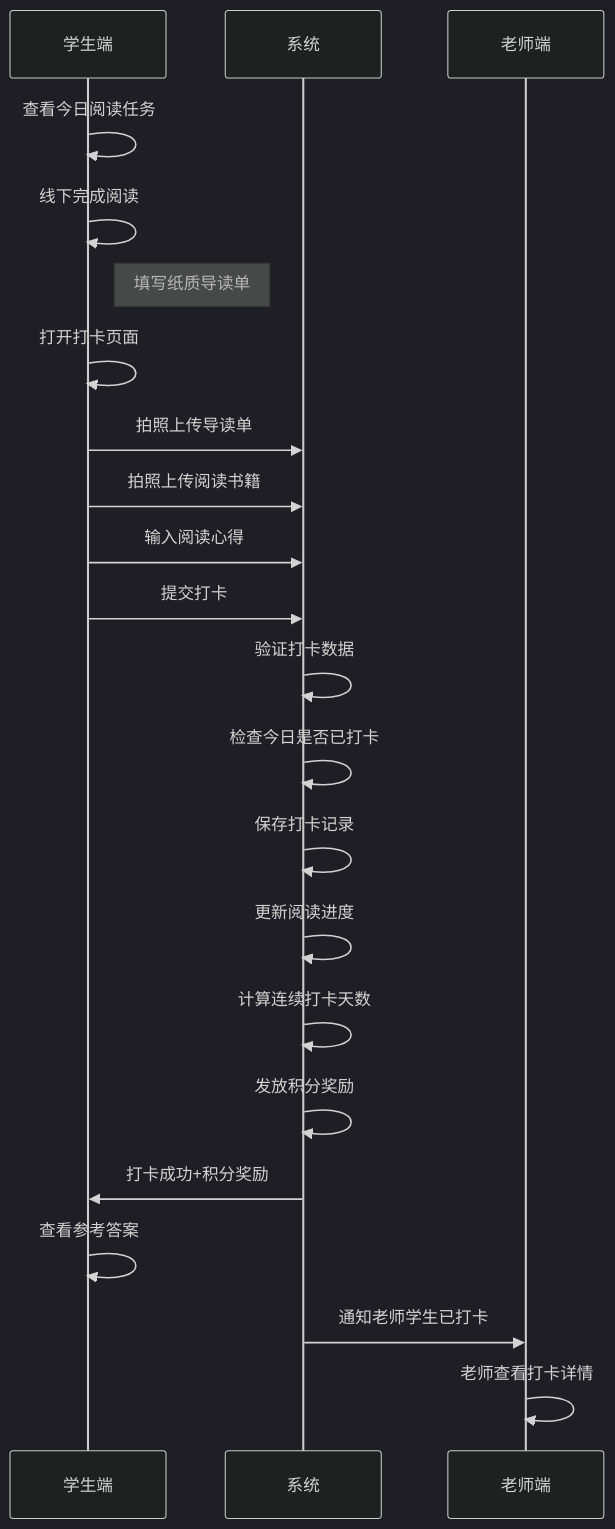
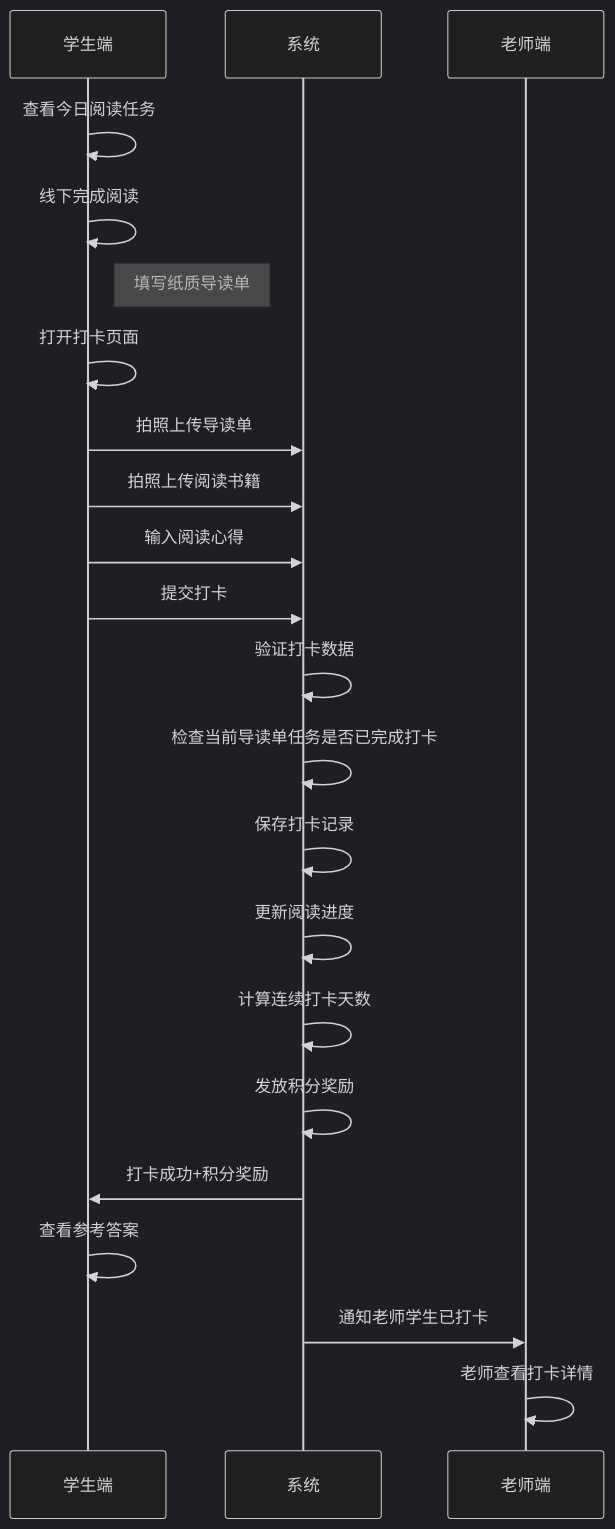
One commit to 22816523/math-kids changed the tenth of 18 diagrams in 2-AI伴读V1.0/PRD文档/校校读吧学生端PRD_V1.0.md. Above: the diagram before and after it, drawn with Mermaid (dark theme). The commit also changed other lines of this file and 3 other files, not shown here.

Commit message:
fix(student-prd): align multi-plan checkin flow

````diff
--- a/2-AI伴读V1.0/PRD文档/校校读吧学生端PRD_V1.0.md
+++ b/2-AI伴读V1.0/PRD文档/校校读吧学生端PRD_V1.0.md
@@ -689,29 +689,29 @@
 ```mermaid
 sequenceDiagram
     participant Student as 学生端
     participant System as 系统
     participant Teacher as 老师端
 
     Student->>Student: 查看今日阅读任务
     Student->>Student: 线下完成阅读
     Note right of Student: 填写纸质导读单
 
     Student->>Student: 打开打卡页面
     Student->>System: 拍照上传导读单
     Student->>System: 拍照上传阅读书籍
     Student->>System: 输入阅读心得
     Student->>System: 提交打卡
 
     System->>System: 验证打卡数据
-    System->>System: 检查今日是否已打卡
+    System->>System: 检查当前导读单任务是否已完成打卡
     System->>System: 保存打卡记录
     System->>System: 更新阅读进度
     System->>System: 计算连续打卡天数
     System->>System: 发放积分奖励
 
     System->>Student: 打卡成功+积分奖励
     Student->>Student: 查看参考答案
 
     System->>Teacher: 通知老师学生已打卡
     Teacher->>Teacher: 老师查看打卡详情
 ```
````
